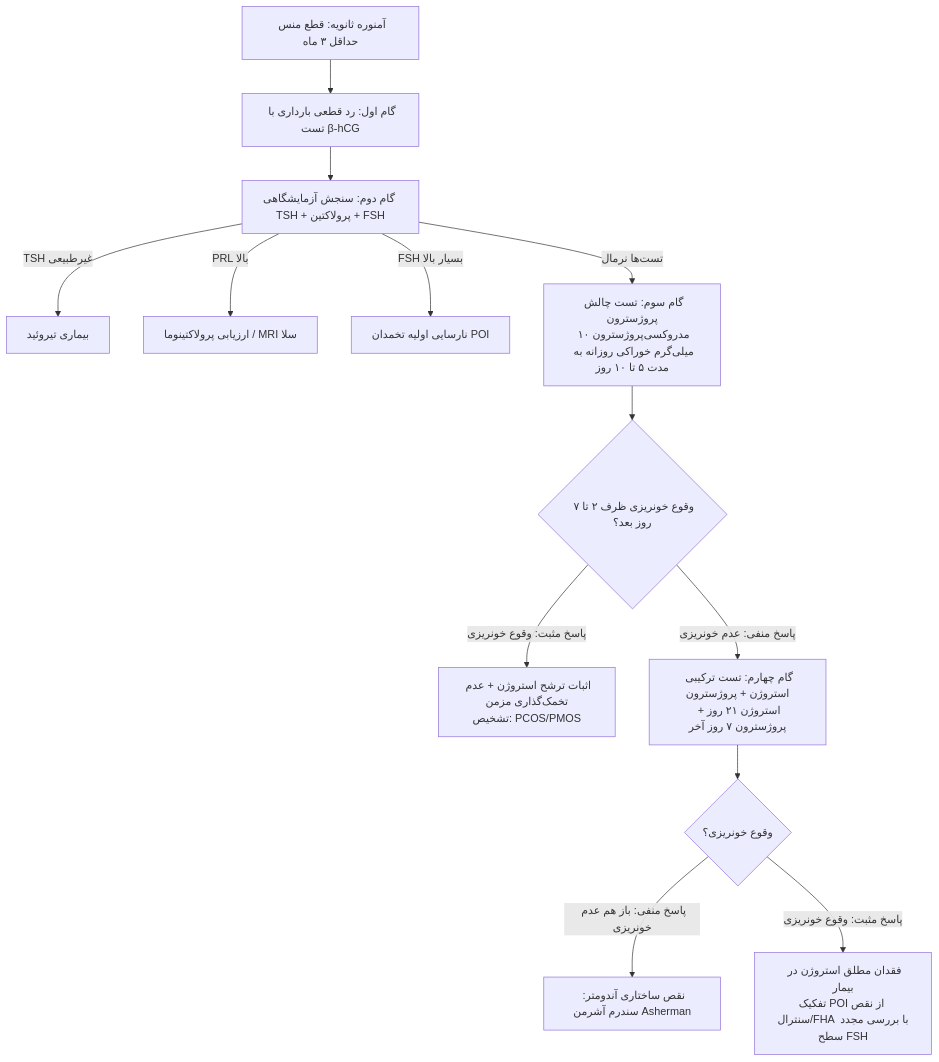
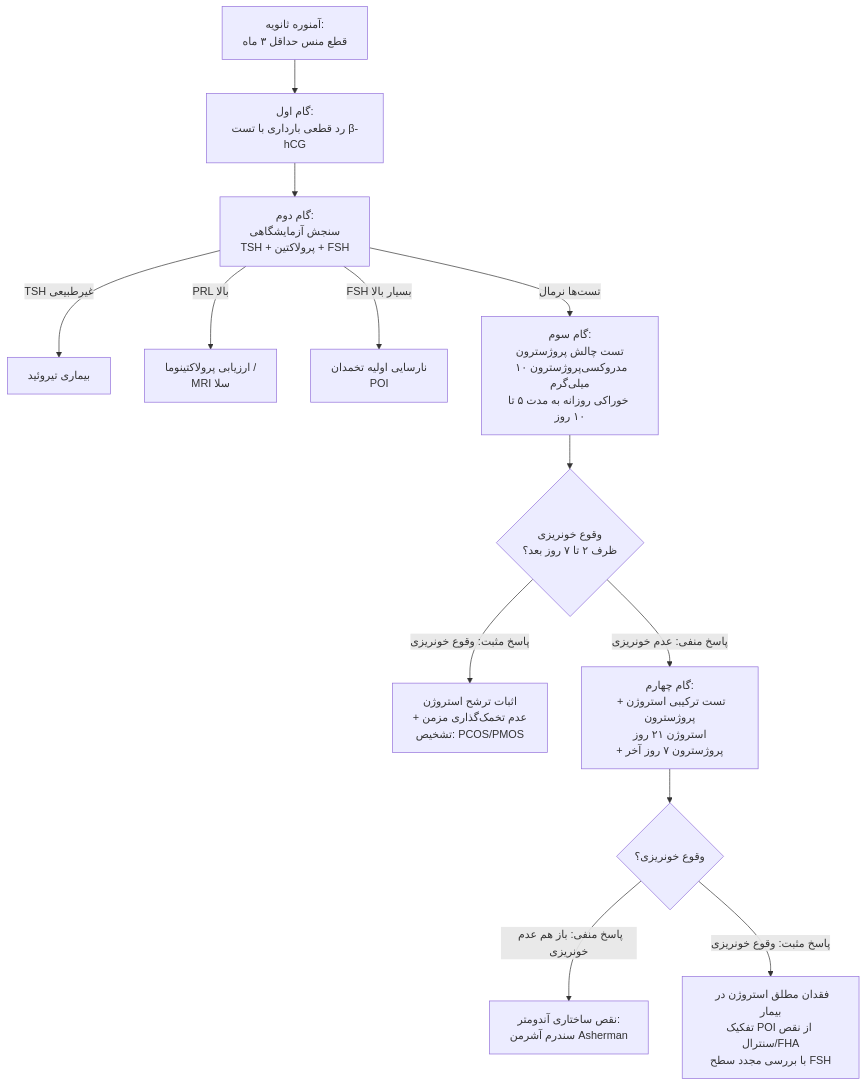
Before and after one commit to neopulse-hub/TUMS-1402-1-neo: the tenth of 10 diagrams in 07/مبانی غدد/آمنوره و هیرسوتیسم.md, drawn with Mermaid. The commit also changed other lines of this file, not shown here.

Commit message:
Update آمنوره و هیرسوتیسم.md

````diff
--- a/07/مبانی غدد/آمنوره و هیرسوتیسم.md
+++ b/07/مبانی غدد/آمنوره و هیرسوتیسم.md
@@ -309,22 +322,22 @@
 ```mermaid
 flowchart TD
-    SecA[آمنوره ثانویه: قطع منس حداقل ۳ ماه] --> RulePreg[گام اول: رد قطعی بارداری با تست β-hCG]
-    
-    RulePreg --> ScreenLabs[گام دوم: سنجش آزمایشگاهی TSH + پرولاکتین + FSH]
-    
-    ScreenLabs -->|TSH غیرطبیعی| TreatThy[بیماری تیروئید]
-    ScreenLabs -->|PRL بالا| WorkupPRL[ارزیابی پرولاکتینوما / MRI سلا]
-    ScreenLabs -->|FSH بسیار بالا| POI_Diag[نارسایی اولیه تخمدان POI]
-    
-    ScreenLabs -->|تست‌ها نرمال| ProgestChal[گام سوم: تست چالش پروژسترون<br>مدروکسی‌پروژسترون ۱۰ میلی‌گرم خوراکی روزانه به مدت ۵ تا ۱۰ روز]
-    
-    ProgestChal --> BleedResp{وقوع خونریزی ظرف ۲ تا ۷ روز بعد؟}
-    
-    BleedResp -->|پاسخ مثبت: وقوع خونریزی| AnovE[اثبات ترشح استروژن + عدم تخمک‌گذاری مزمن<br>تشخیص: PCOS/PMOS]
-    
-    BleedResp -->|پاسخ منفی: عدم خونریزی| EstProChal[گام چهارم: تست ترکیبی استروژن + پروژسترون<br>استروژن ۲۱ روز + پروژسترون ۷ روز آخر]
-    
-    EstProChal --> BleedResp2{وقوع خونریزی؟}
-    BleedResp2 -->|پاسخ منفی: باز هم عدم خونریزی| Ash[نقص ساختاری آندومتر: سندرم آشرمن Asherman]
-    BleedResp2 -->|پاسخ مثبت: وقوع خونریزی| HypoEst[فقدان مطلق استروژن در بیمار<br>تفکیک POI از نقص سنترال/FHA با بررسی مجدد سطح FSH]
+
+SecA[آمنوره ثانویه:<br>قطع منس حداقل ۳ ماه] --> RulePreg[گام اول:<br>رد قطعی بارداری با تست β-hCG]
+RulePreg --> ScreenLabs[گام دوم:<br>سنجش آزمایشگاهی<br>TSH + پرولاکتین + FSH]
+
+ScreenLabs -->|TSH غیرطبیعی| TreatThy[بیماری تیروئید]
+ScreenLabs -->|PRL بالا| WorkupPRL[ارزیابی پرولاکتینوما /<br>MRI سلا]
+ScreenLabs -->|FSH بسیار بالا| POI_Diag[نارسایی اولیه تخمدان<br>POI]
+
+ScreenLabs -->|تست‌ها نرمال| ProgestChal[گام سوم:<br>تست چالش پروژسترون<br>مدروکسی‌پروژسترون ۱۰ میلی‌گرم<br>خوراکی روزانه به مدت ۵ تا ۱۰ روز]
+
+ProgestChal --> BleedResp{وقوع خونریزی<br>ظرف ۲ تا ۷ روز بعد؟}
+
+BleedResp -->|پاسخ مثبت: وقوع خونریزی| AnovE[اثبات ترشح استروژن<br>+ عدم تخمک‌گذاری مزمن<br>تشخیص: PCOS/PMOS]
+
+BleedResp -->|پاسخ منفی: عدم خونریزی| EstProChal[گام چهارم:<br>تست ترکیبی استروژن + پروژسترون<br>استروژن ۲۱ روز<br>+ پروژسترون ۷ روز آخر]
+
+EstProChal --> BleedResp2{وقوع خونریزی؟}
+BleedResp2 -->|پاسخ منفی: باز هم عدم خونریزی| Ash[نقص ساختاری آندومتر:<br>سندرم آشرمن Asherman]
+BleedResp2 -->|پاسخ مثبت: وقوع خونریزی| HypoEst[فقدان مطلق استروژن در بیمار<br>تفکیک POI از نقص سنترال/FHA<br>با بررسی مجدد سطح FSH]
 ```
````
